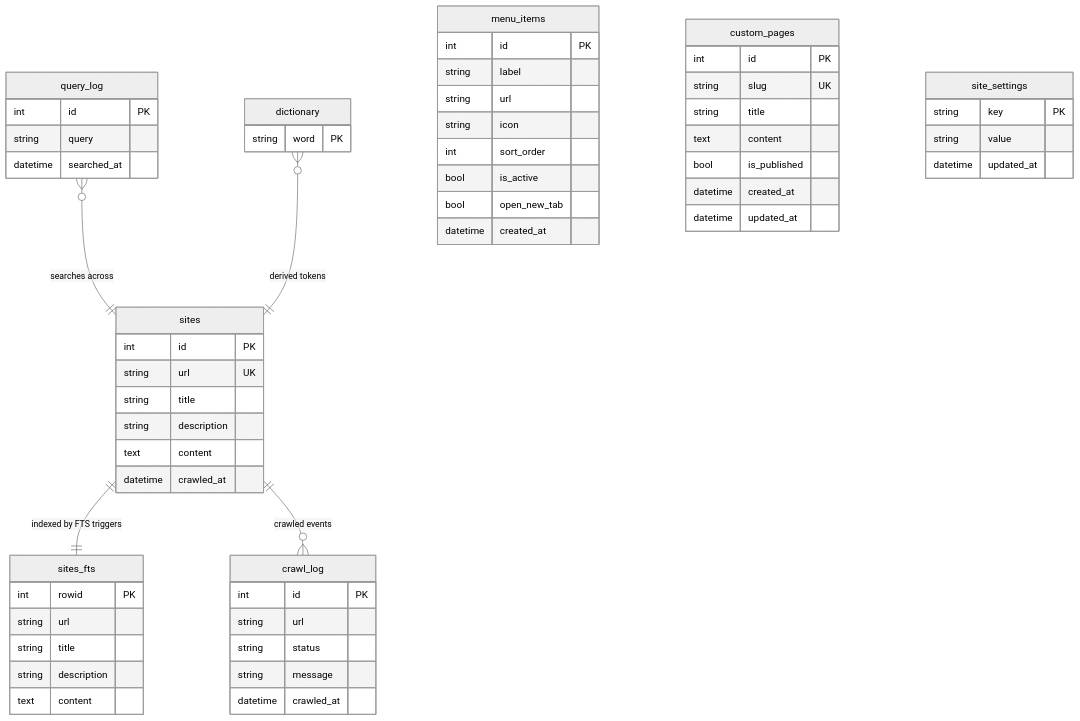
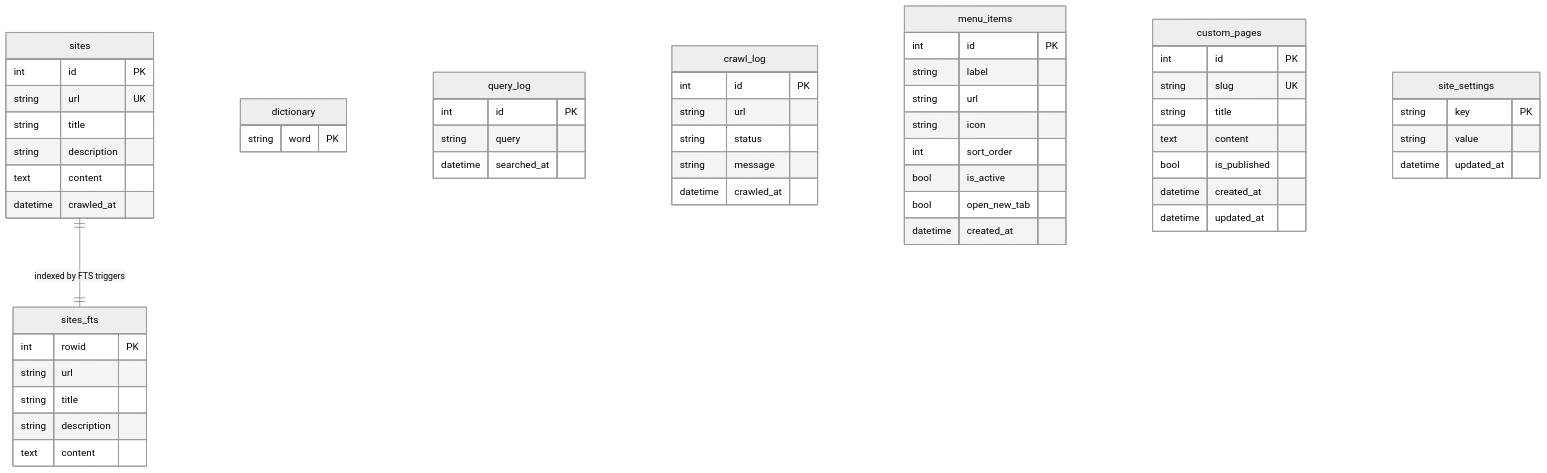
Before and after one commit to druvx13/simplesearch: the sixth of 7 diagrams in docs/system-diagrams.md, drawn with Mermaid (neutral theme).

Commit message:
docs: refine ER diagram relationships for schema accuracy

````diff
--- a/docs/system-diagrams.md
+++ b/docs/system-diagrams.md
@@ -201,69 +201,66 @@
 ```mermaid
 erDiagram
     sites {
         int id PK
         string url UK
         string title
         string description
         text content
         datetime crawled_at
     }
 
     sites_fts {
         int rowid PK
         string url
         string title
         string description
         text content
     }
 
     dictionary {
         string word PK
     }
 
     query_log {
         int id PK
         string query
         datetime searched_at
     }
 
     crawl_log {
         int id PK
         string url
         string status
         string message
         datetime crawled_at
     }
 
     menu_items {
         int id PK
         string label
         string url
         string icon
         int sort_order
         bool is_active
         bool open_new_tab
         datetime created_at
     }
 
     custom_pages {
         int id PK
         string slug UK
         string title
         text content
         bool is_published
         datetime created_at
         datetime updated_at
     }
 
     site_settings {
         string key PK
         string value
         datetime updated_at
     }
 
     sites ||--|| sites_fts : "indexed by FTS triggers"
-    sites ||--o{ crawl_log : "crawled events"
-    query_log }o--|| sites : "searches across"
-    dictionary }o--|| sites : "derived tokens"
 ```
````
